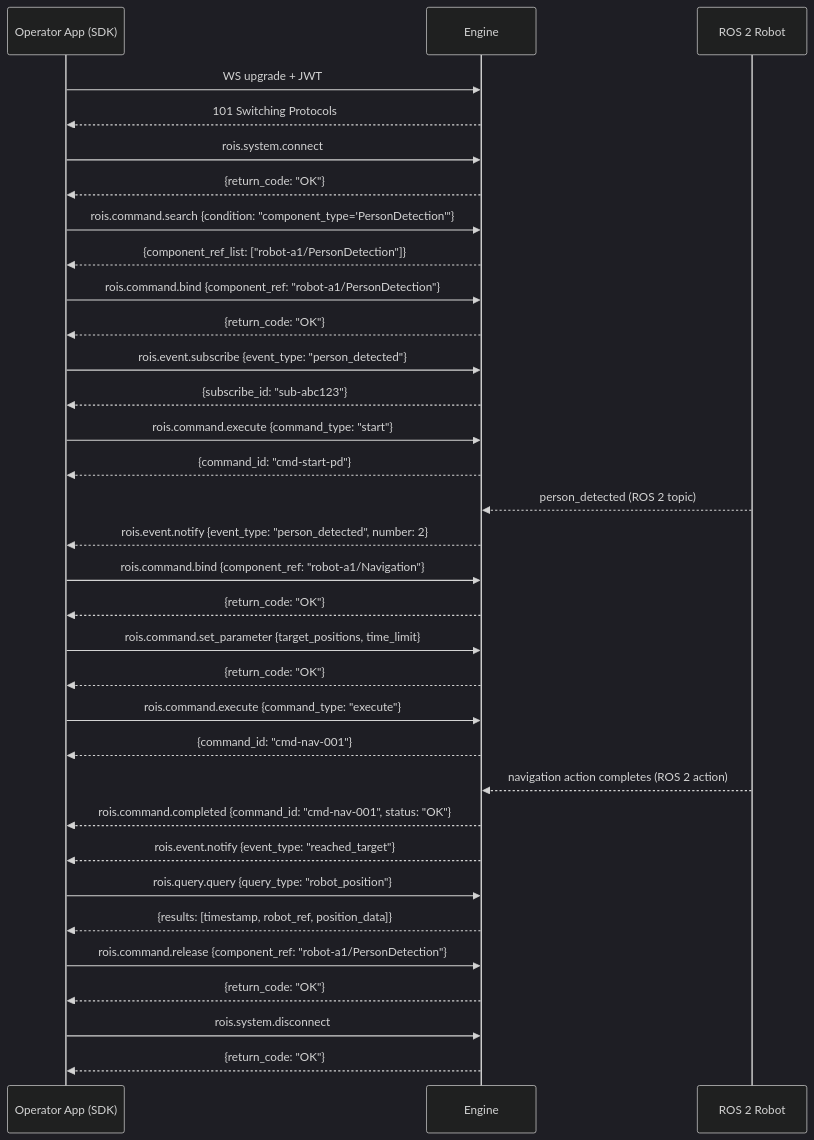
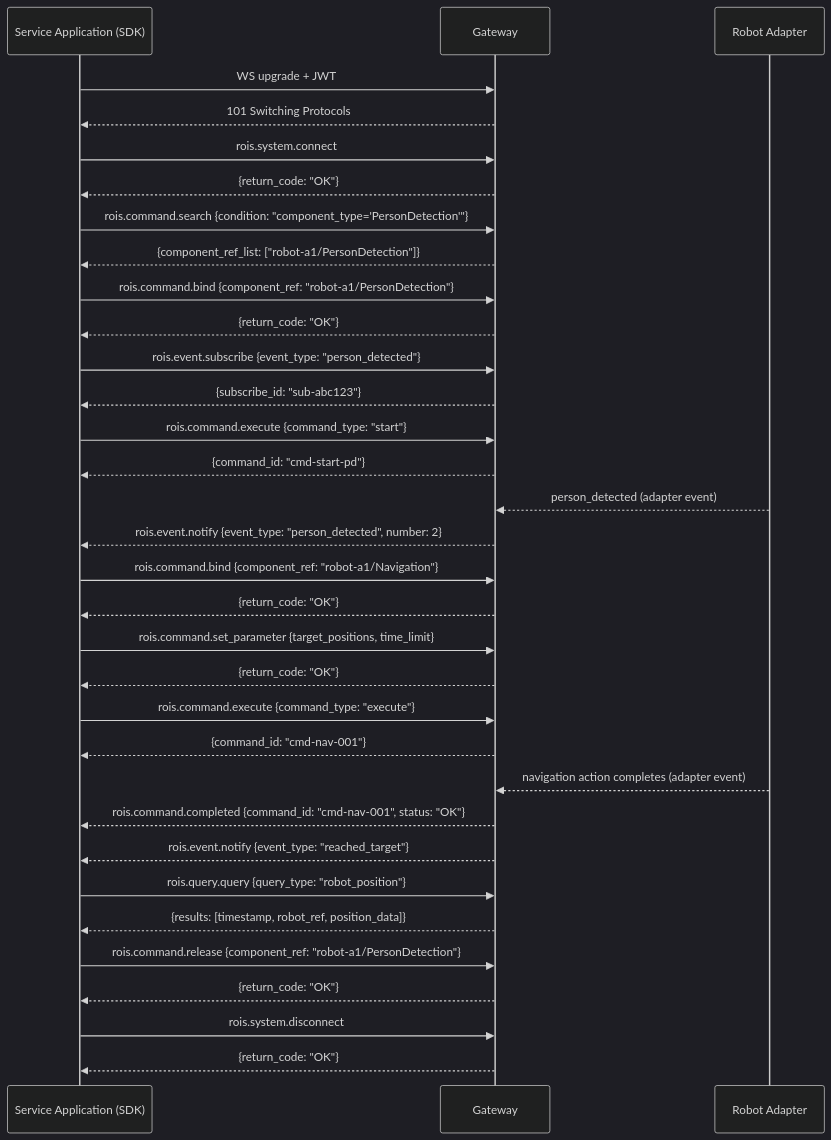
One commit to openrois/openrois-docs changed the diagram in docs/White Paper/wire-protocol.md. Above: the diagram before and after it, drawn with Mermaid (dark theme). The commit also changed other lines of this file and 20 other files, not shown here.

Commit message:
docs: update website structure to reflect latest architecture

````diff
--- a/docs/White Paper/wire-protocol.md
+++ b/docs/White Paper/wire-protocol.md
@@ -581,49 +586,49 @@
 ```mermaid
 sequenceDiagram
-    participant Client as Operator App (SDK)
-    participant GW as Engine
-    participant Robot as ROS 2 Robot
+    participant Client as Service Application (SDK)
+    participant GW as Gateway
+    participant Robot as Robot Adapter
 
     Client->>GW: WS upgrade + JWT
     GW-->>Client: 101 Switching Protocols
 
     Client->>GW: rois.system.connect
     GW-->>Client: {return_code: "OK"}
 
     Client->>GW: rois.command.search {condition: "component_type='PersonDetection'"}
     GW-->>Client: {component_ref_list: ["robot-a1/PersonDetection"]}
 
     Client->>GW: rois.command.bind {component_ref: "robot-a1/PersonDetection"}
     GW-->>Client: {return_code: "OK"}
 
     Client->>GW: rois.event.subscribe {event_type: "person_detected"}
     GW-->>Client: {subscribe_id: "sub-abc123"}
 
     Client->>GW: rois.command.execute {command_type: "start"}
     GW-->>Client: {command_id: "cmd-start-pd"}
 
-    Robot-->>GW: person_detected (ROS 2 topic)
+    Robot-->>GW: person_detected (adapter event)
     GW-->>Client: rois.event.notify {event_type: "person_detected", number: 2}
 
     Client->>GW: rois.command.bind {component_ref: "robot-a1/Navigation"}
     GW-->>Client: {return_code: "OK"}
 
     Client->>GW: rois.command.set_parameter {target_positions, time_limit}
     GW-->>Client: {return_code: "OK"}
 
     Client->>GW: rois.command.execute {command_type: "execute"}
     GW-->>Client: {command_id: "cmd-nav-001"}
 
-    Robot-->>GW: navigation action completes (ROS 2 action)
+    Robot-->>GW: navigation action completes (adapter event)
     GW-->>Client: rois.command.completed {command_id: "cmd-nav-001", status: "OK"}
     GW-->>Client: rois.event.notify {event_type: "reached_target"}
 
     Client->>GW: rois.query.query {query_type: "robot_position"}
     GW-->>Client: {results: [timestamp, robot_ref, position_data]}
 
     Client->>GW: rois.command.release {component_ref: "robot-a1/PersonDetection"}
     GW-->>Client: {return_code: "OK"}
 
     Client->>GW: rois.system.disconnect
     GW-->>Client: {return_code: "OK"}
 ```
````
